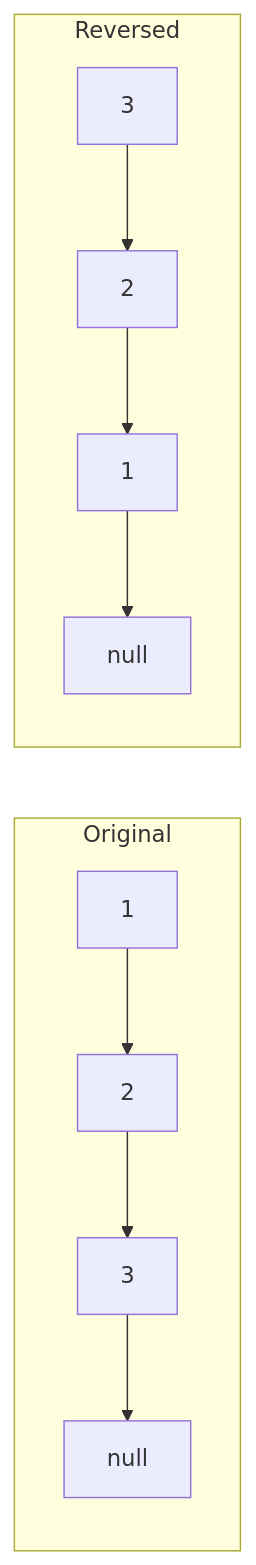
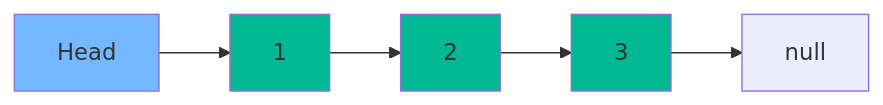
One commit to srinivasboini/interview-prep changed the first of 3 diagrams in algorithms/algorithms/04-linked-lists.md. Above: the diagram before and after it, drawn with Mermaid. The commit also changed other lines of this file and 50 other files, not shown here.

````diff
--- a/algorithms/algorithms/04-linked-lists.md
+++ b/algorithms/algorithms/04-linked-lists.md
@@ -60,10 +89,12 @@
 ```mermaid
 graph LR
-    subgraph "Original"
-    A[1] --> B[2] --> C[3] --> D[null]
-    end
+    Head[Head] --> A[1]
+    A --> B[2]
+    B --> C[3]
+    C --> D[null]
     
-    subgraph "Reversed"
-    C_rev[3] --> B_rev[2] --> A_rev[1] --> D_rev[null]
-    end
+    style Head fill:#74b9ff
+    style A fill:#00b894
+    style B fill:#00b894
+    style C fill:#00b894
 ```
````
